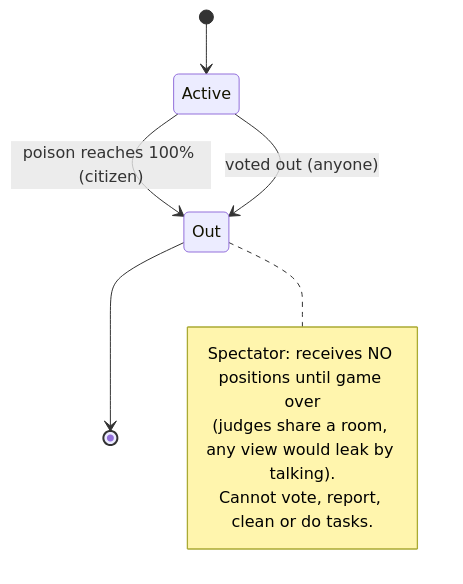
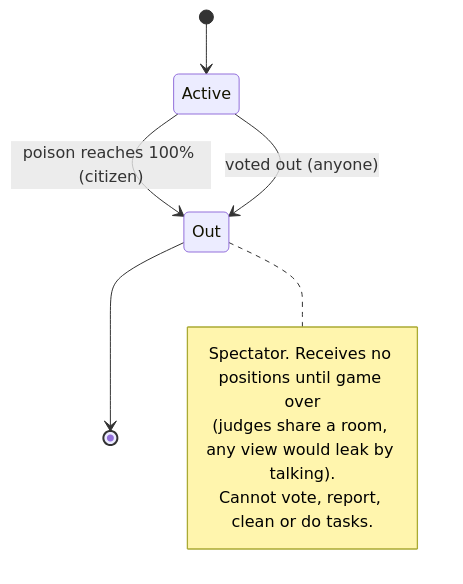
Before and after one commit to Faouzi-Blibech/EcoSus-Uncycled: the third of 7 diagrams in docs/architecture/04-game-rules.md, drawn with Mermaid. The commit also changed other lines of this file and 11 other files, not shown here.

Commit message:
docs: second design review (2026-11-14) for the architecture views and the design spec

````diff
--- a/docs/architecture/04-game-rules.md
+++ b/docs/architecture/04-game-rules.md
@@ -66,12 +73,12 @@
 ```mermaid
 stateDiagram-v2
     [*] --> Active
     Active --> Out: poison reaches 100% (citizen)
     Active --> Out: voted out (anyone)
     Out --> [*]
     note right of Out
-        Spectator: receives NO positions until game over
+        Spectator. Receives no positions until game over
         (judges share a room, any view would leak by talking).
         Cannot vote, report, clean or do tasks.
     end note
 ```
````
